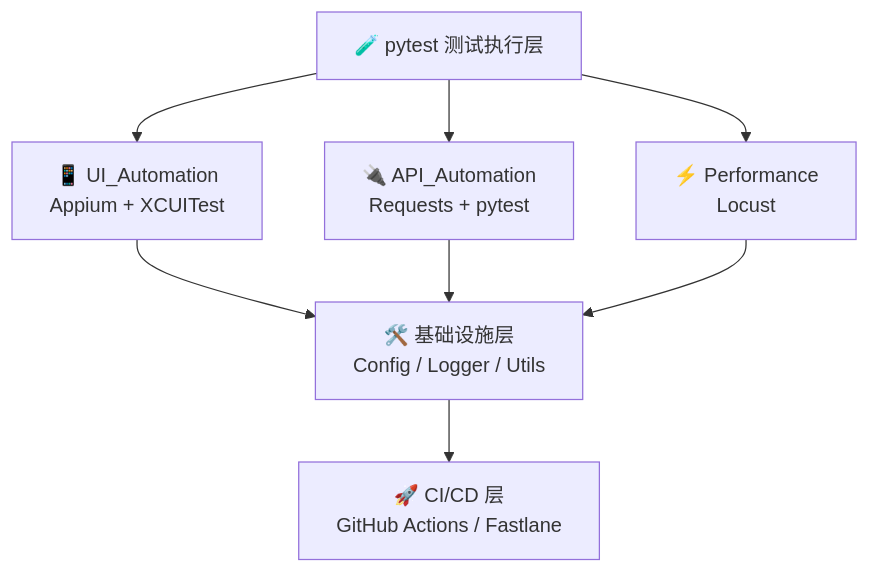
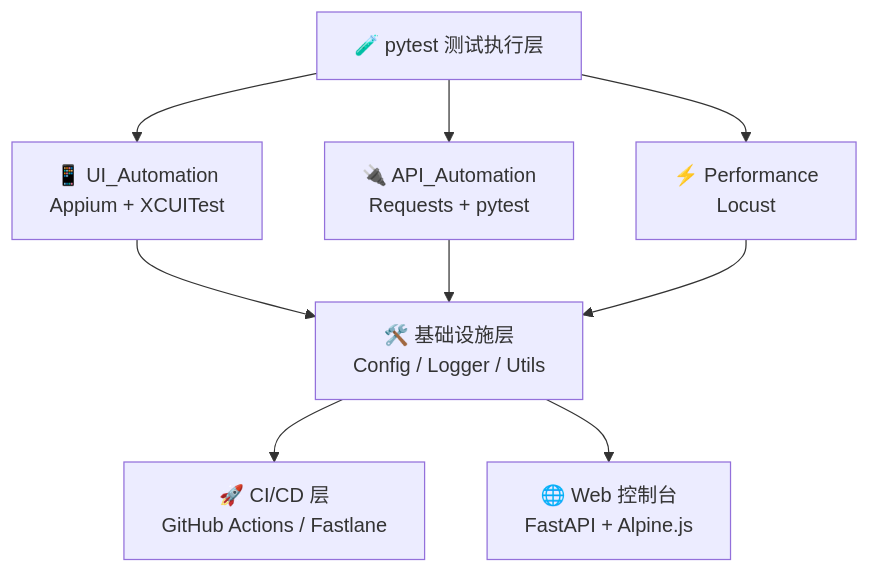
One commit to qd1332543/iOS-Automation-Framework changed the diagram in README.md. Above: the diagram before and after it, drawn with Mermaid. The commit also changed other lines of this file and 16 other files, not shown here.

````diff
--- a/README.md
+++ b/README.md
@@ -30,10 +31,11 @@
 ```mermaid
 graph TD
     A[🧪 pytest 测试执行层]
     A --> B[📱 UI_Automation<br/>Appium + XCUITest]
     A --> C[🔌 API_Automation<br/>Requests + pytest]
     A --> D[⚡ Performance<br/>Locust]
 
     B & C & D --> E[🛠️ 基础设施层<br/>Config / Logger / Utils]
     E --> F[🚀 CI/CD 层<br/>GitHub Actions / Fastlane]
+    E --> G[🌐 Web 控制台<br/>FastAPI + Alpine.js]
 ```
````
